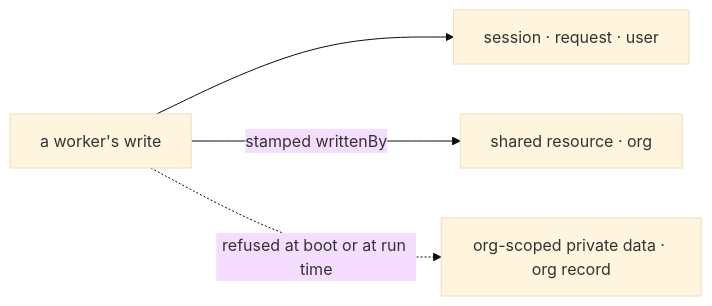
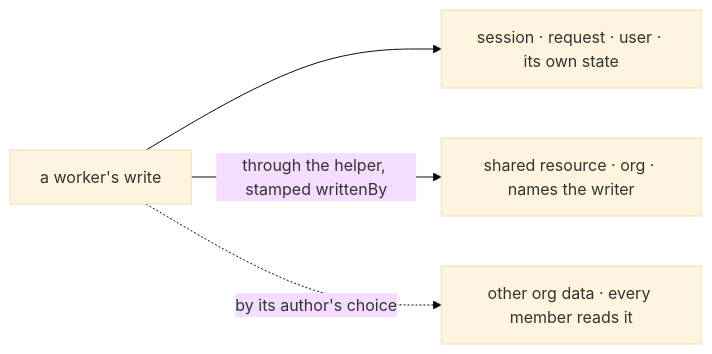
One commit to fixpoint-labs/flow-state-dev changed the diagram in specs/issues/FIX-1789/BUSINESS-RULES.md. Above: the diagram before and after it, drawn with Mermaid (base theme). The commit also changed other lines of this file and 13 other files, not shown here.

````diff
--- a/specs/issues/FIX-1789/BUSINESS-RULES.md
+++ b/specs/issues/FIX-1789/BUSINESS-RULES.md
@@ -54,6 +54,6 @@
 ```mermaid
 flowchart LR
-  W["a worker's write"] --> S["session · request · user"]
-  W -->|"stamped writtenBy"| R["shared resource · org"]
-  W -.->|"refused at boot or at run time"| O["org-scoped private data · org record"]
+  W["a worker's write"] --> S["session · request · user · its own state"]
+  W -->|"through the helper, stamped writtenBy"| R["shared resource · org · names the writer"]
+  W -.->|"by its author's choice"| O["other org data · every member reads it"]
 ```
````
